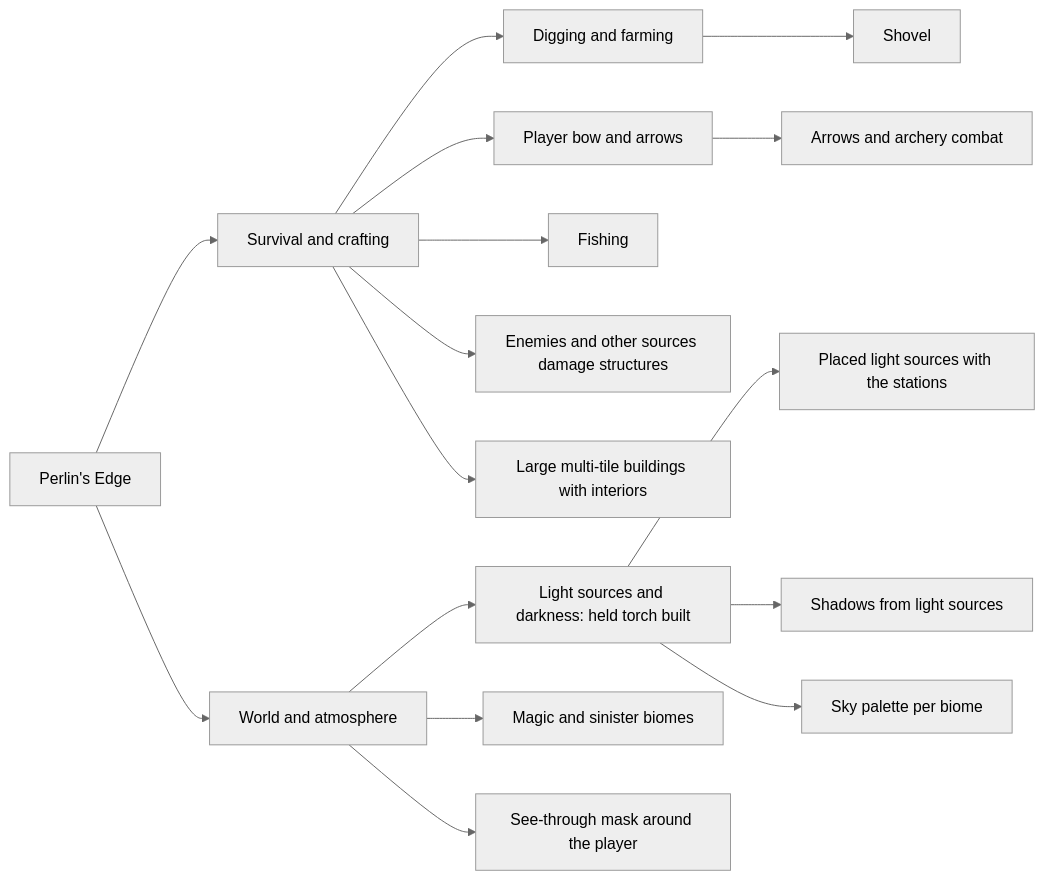
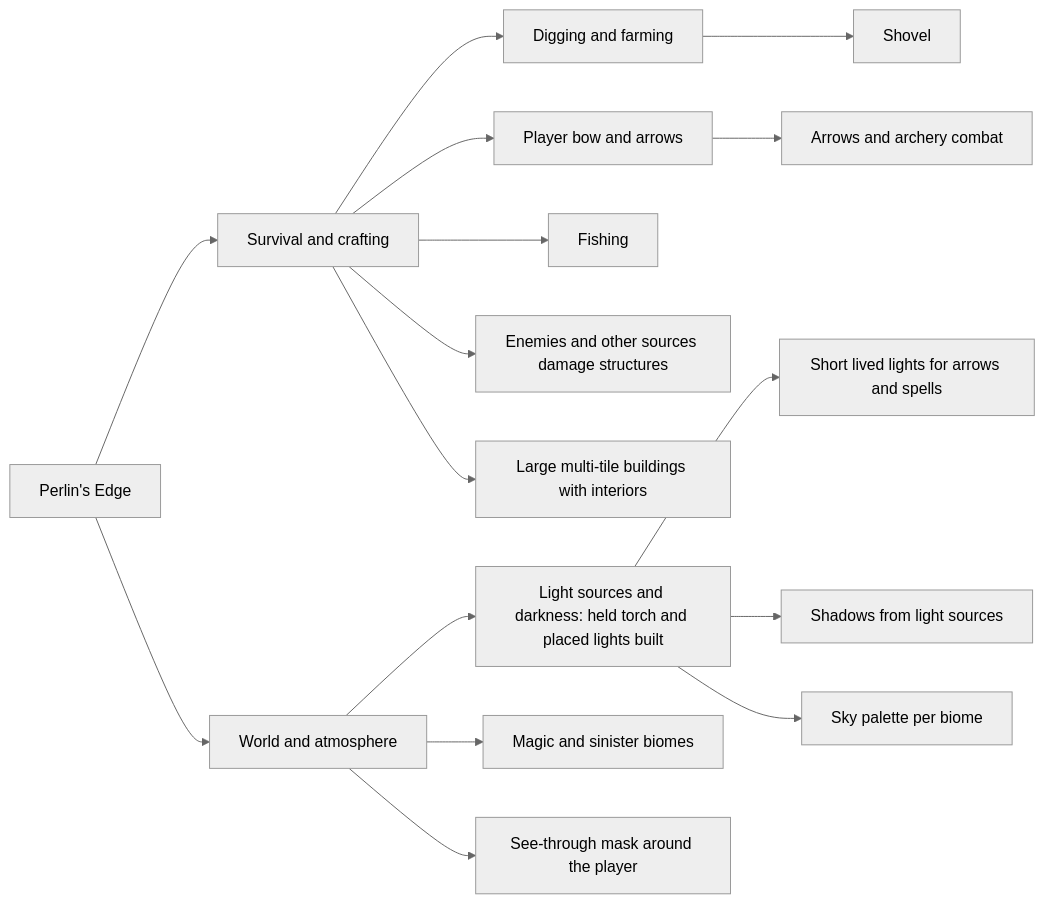
Before and after one commit to kfeuerschvenger/perlinsedge: the diagram in docs/ROADMAP.md, drawn with Mermaid (neutral theme). The commit also changed other lines of this file and 1 other file, not shown here.

Commit message:
docs: describe the stations, iron tools, sleeping bag and cobblestone path in the readme

````diff
--- a/docs/ROADMAP.md
+++ b/docs/ROADMAP.md
@@ -5,18 +5,18 @@
 ```mermaid
 flowchart LR
     game[Perlin's Edge] --> survival[Survival and crafting]
     game --> world[World and atmosphere]
     survival --> digging[Digging and farming]
     survival --> bow[Player bow and arrows]
     survival --> fishing[Fishing]
     survival --> structures[Enemies and other sources damage structures]
     survival --> large[Large multi-tile buildings with interiors]
-    world --> lighting[Light sources and darkness: held torch built]
+    world --> lighting[Light sources and darkness: held torch and placed lights built]
     world --> biomes[Magic and sinister biomes]
     world --> seethrough[See-through mask around the player]
     digging --> shovel[Shovel]
     bow --> arrows[Arrows and archery combat]
-    lighting --> placed[Placed light sources with the stations]
+    lighting --> placed[Short lived lights for arrows and spells]
     lighting --> shadows[Shadows from light sources]
     lighting --> palettes[Sky palette per biome]
 ```
````
